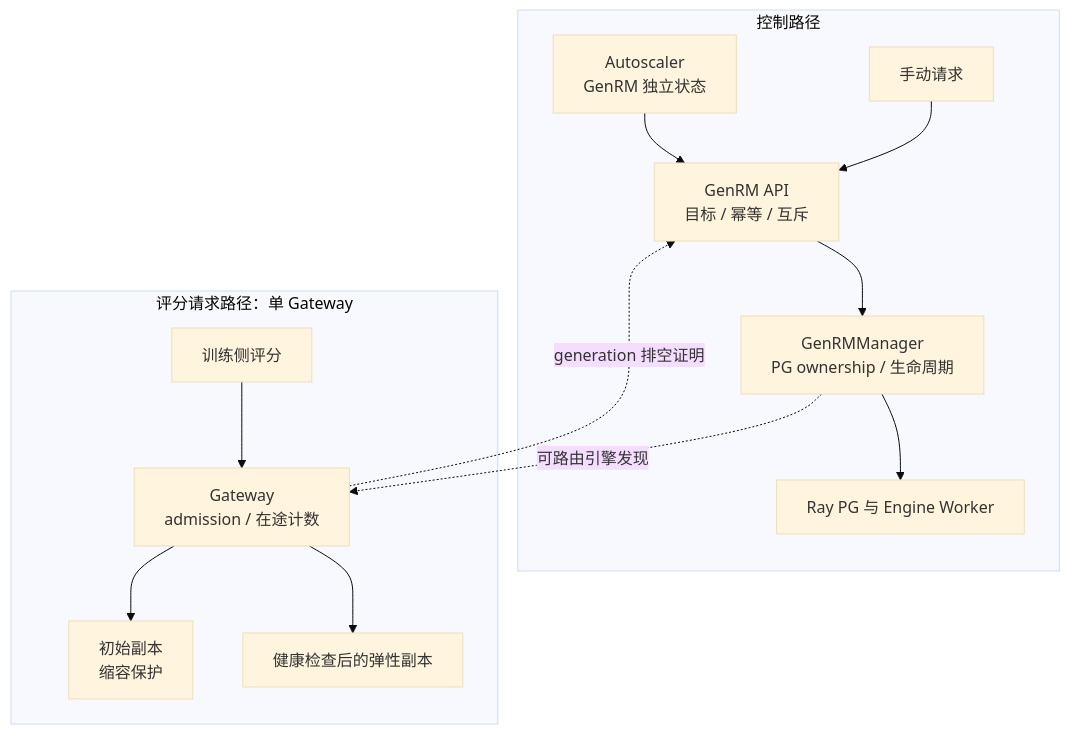
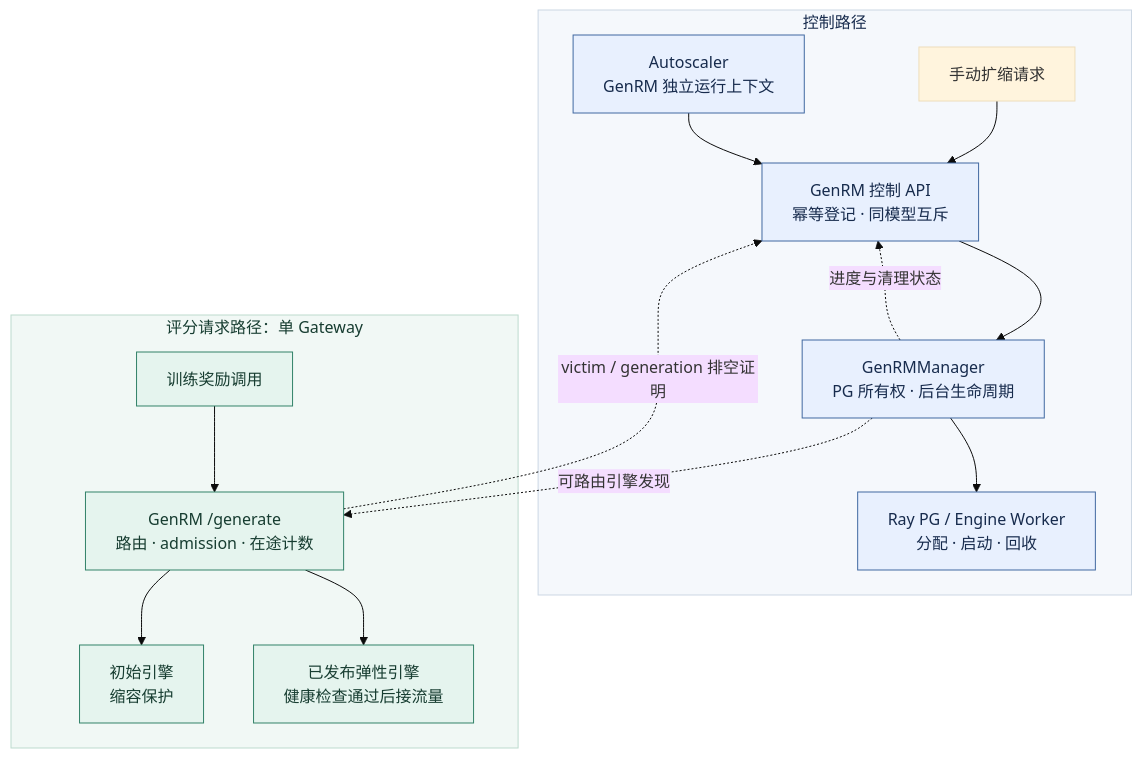
One commit to shanyulu/Relax changed the first of 3 diagrams in review/task11-publication-20260930/ISSUE351_GITHUB_BODY_FINAL.md. Above: the diagram before and after it, drawn with Mermaid (base theme). The commit also changed other lines of this file and 4 other files, not shown here.

````diff
--- a/review/task11-publication-20260930/ISSUE351_GITHUB_BODY_FINAL.md
+++ b/review/task11-publication-20260930/ISSUE351_GITHUB_BODY_FINAL.md
@@ -22,16 +20,23 @@
 ```mermaid
 flowchart TB
-  subgraph control["控制路径"]
-    H["手动请求"] --> API["GenRM API<br/>目标 / 幂等 / 互斥"]
-    AS["Autoscaler<br/>GenRM 独立状态"] --> API
-    API --> M["GenRMManager<br/>PG ownership / 生命周期"]
-    M --> W["Ray PG 与 Engine Worker"]
-  end
-  subgraph serving["评分请求路径：单 Gateway"]
-    T["训练侧评分"] --> G["Gateway<br/>admission / 在途计数"]
-    G --> I["初始副本<br/>缩容保护"]
-    G --> E["健康检查后的弹性副本"]
-  end
-  M -. "可路由引擎发现" .-> G
-  G -. "generation 排空证明" .-> API
+    subgraph control["控制路径"]
+        O["手动扩缩请求"] --> R["GenRM 控制 API<br/>幂等登记 · 同模型互斥"]
+        A["Autoscaler<br/>GenRM 独立运行上下文"] --> R
+        R --> M["GenRMManager<br/>PG 所有权 · 后台生命周期"]
+        M --> P["Ray PG / Engine Worker<br/>分配 · 启动 · 回收"]
+        M -.->|"进度与清理状态"| R
+    end
+    subgraph serving["评分请求路径：单 Gateway"]
+        C["训练奖励调用"] --> G["GenRM /generate<br/>路由 · admission · 在途计数"]
+        G --> I["初始引擎<br/>缩容保护"]
+        G --> X["已发布弹性引擎<br/>健康检查通过后接流量"]
+    end
+    M -.->|"可路由引擎发现"| G
+    G -.->|"victim / generation 排空证明"| R
+    style control fill:#f5f8fc,stroke:#ccd7e4,color:#172b4d;
+    style serving fill:#f1f8f5,stroke:#bddbce,color:#173d31;
+    classDef controlNode fill:#e8f0fe,stroke:#4169a1,color:#172b4d;
+    classDef servingNode fill:#e5f4ee,stroke:#328268,color:#173d31;
+    class R,M,A,P controlNode;
+    class C,G,I,X servingNode;
 ```
````
